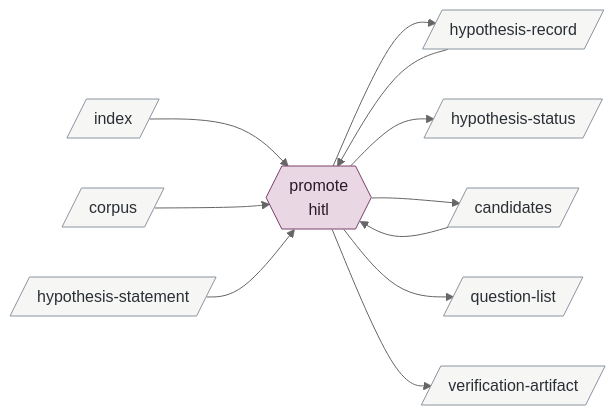
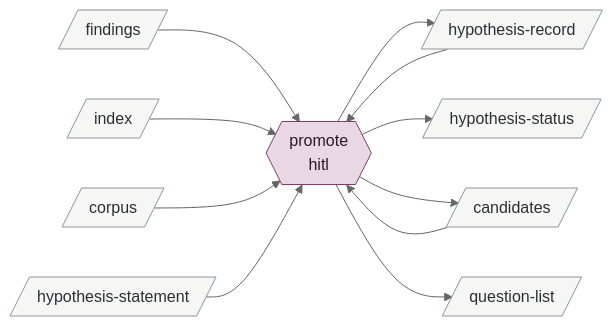
The third of 15 diagrams in .claude/skills/v3-buildout-2/map.md (bc414/StoryPlanner), drawn with Mermaid (neutral theme) before and after one commit. The commit also changed other lines of this file and 40 other files, not shown here.

````diff
--- a/.claude/skills/v3-buildout-2/map.md
+++ b/.claude/skills/v3-buildout-2/map.md
@@ -84,29 +85,29 @@
 ```mermaid
 flowchart LR
   classDef hitl fill:#e9d8e4,stroke:#7a3e6d,color:#2b1a27
   classDef session fill:#dce6f0,stroke:#3b5b7c,color:#14202c
   classDef agent fill:#f5e6c8,stroke:#b7791f,color:#3a2a08
   classDef artifact fill:#f6f6f4,stroke:#8a94a0,color:#2a2f36
   classDef activity fill:#dcebdd,stroke:#4b7f52,color:#122816
   classDef terminus fill:#e4e4ea,stroke:#5b5b7a,color:#1c1c2c
   promote{{"promote<br/>hitl"}}:::hitl
   candidates[/"candidates"/]:::artifact
   corpus[/"corpus"/]:::artifact
+  findings[/"findings"/]:::artifact
   hypothesisrecord[/"hypothesis-record"/]:::artifact
   hypothesisstatement[/"hypothesis-statement"/]:::artifact
   hypothesisstatus[/"hypothesis-status"/]:::artifact
   index[/"index"/]:::artifact
   questionlist[/"question-list"/]:::artifact
-  verificationartifact[/"verification-artifact"/]:::artifact
 
   candidates --> promote
+  findings --> promote
   index --> promote
   corpus --> promote
   hypothesisstatement --> promote
   hypothesisrecord --> promote
   promote --> hypothesisrecord
   promote --> hypothesisstatus
   promote --> candidates
   promote --> questionlist
-  promote --> verificationartifact
 ```
````
